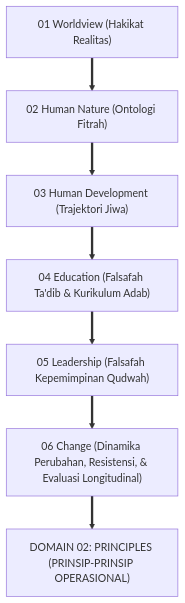
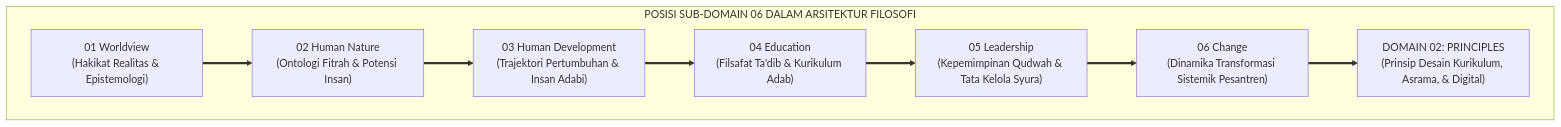
One commit to wandiapriliyandi/tumbuh changed the first of 3 diagrams in 01 Philosophy/06 Change/P1-06-Change-TUMBUH.md. Above: the diagram before and after it, drawn with Mermaid. The commit also changed other lines of this file and 7 other files, not shown here.

````diff
--- a/01 Philosophy/06 Change/P1-06-Change-TUMBUH.md
+++ b/01 Philosophy/06 Change/P1-06-Change-TUMBUH.md
@@ -50,15 +55,17 @@
 ```mermaid
-graph TD
-    WV["01 Worldview (Hakikat Realitas)"] 
-    ==> HN["02 Human Nature (Ontologi Fitrah)"]
-    
-    HN ==> HD["03 Human Development (Trajektori Jiwa)"]
-    
-    HD ==> ED["04 Education (Falsafah Ta'dib & Kurikulum Adab)"]
-    
-    ED ==> LD["05 Leadership (Falsafah Kepemimpinan Qudwah)"]
-    
-    LD ==> CH["06 Change (Dinamika Perubahan, Resistensi, & Evaluasi Longitudinal)"]
-    
-    CH ==> D2["DOMAIN 02: PRINCIPLES (PRINSIP-PRINSIP OPERASIONAL)"]
+flowchart TD
+    subgraph PosisiChangeTUMBUH["POSISI SUB-DOMAIN 06 DALAM ARSITEKTUR FILOSOFI"]
+        WV["01 Worldview<br/>(Hakikat Realitas & Epistemologi)"] 
+        ==> HN["02 Human Nature<br/>(Ontologi Fitrah & Potensi Insan)"]
+        
+        HN ==> HD["03 Human Development<br/>(Trajektori Pertumbuhan & Insan Adabi)"]
+        
+        HD ==> ED["04 Education<br/>(Filsafat Ta'dib & Kurikulum Adab)"]
+        
+        ED ==> LD["05 Leadership<br/>(Kepemimpinan Qudwah & Tata Kelola Syura)"]
+        
+        LD ==> CH["06 Change<br/>(Dinamika Transformasi Sistemik Pesantren)"]
+        
+        CH ==> P2["DOMAIN 02: PRINCIPLES<br/>(Prinsip Desain Kurikulum, Asrama, & Digital)"]
+    end
 ```
````
